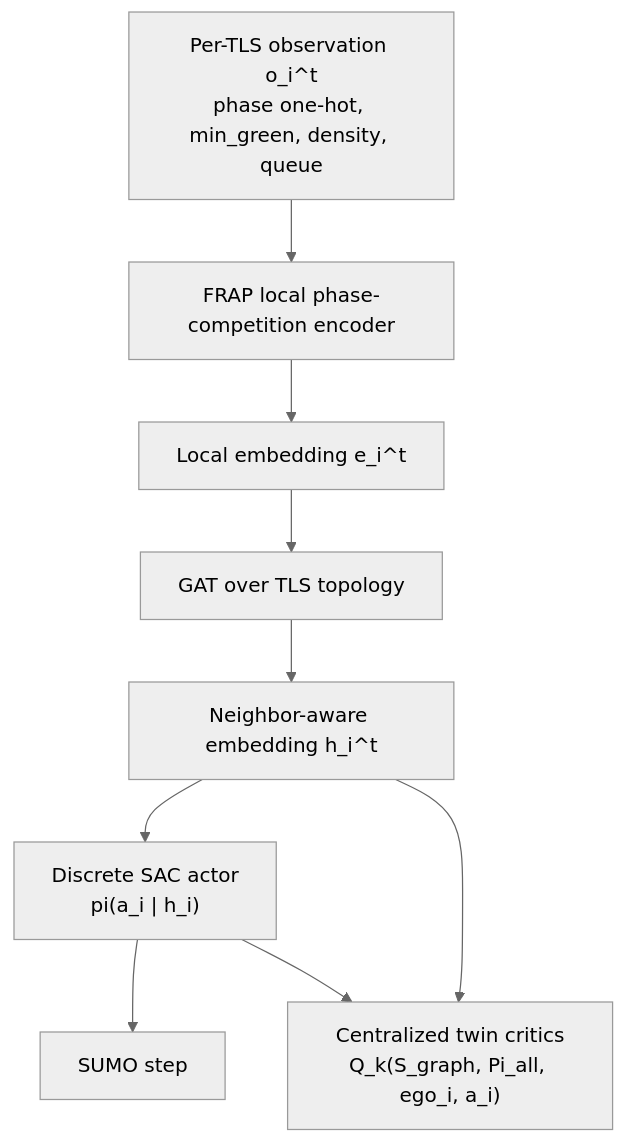
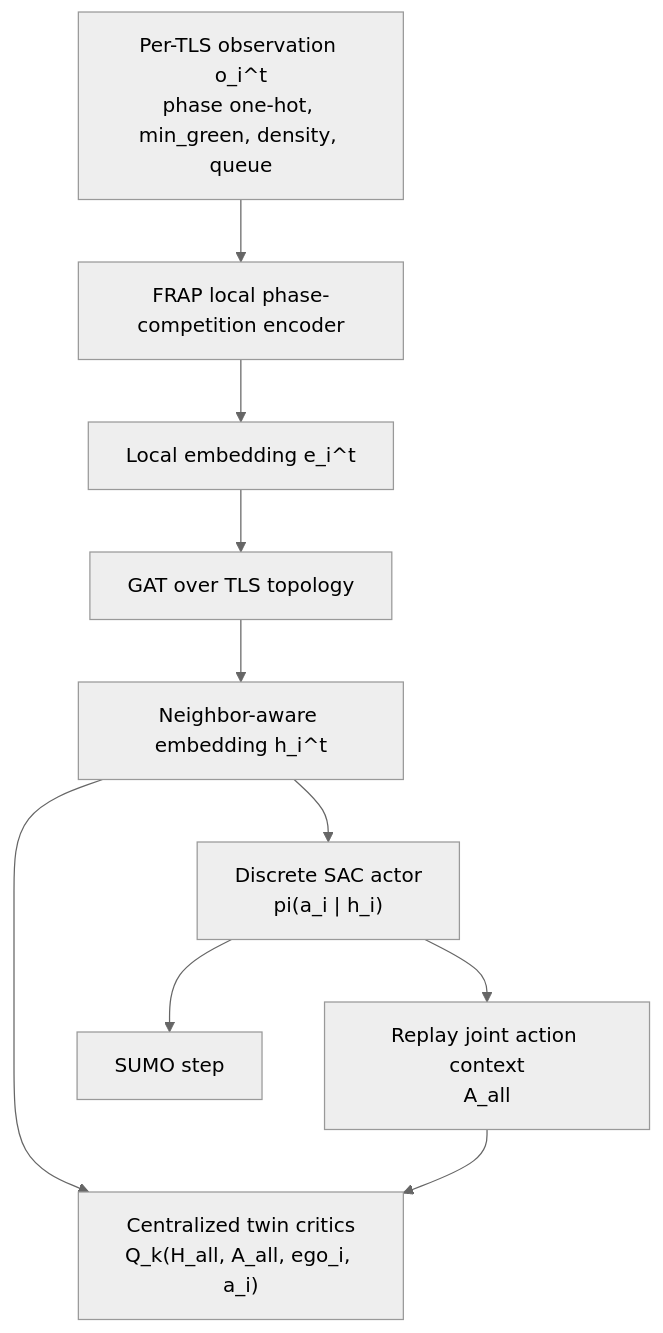
One commit to fuisl/sumo-rl changed the first of 2 diagrams in docs/thesis/experiments.md. Above: the diagram before and after it, drawn with Mermaid (neutral theme). The commit also changed other lines of this file and 14 other files, not shown here.

````diff
--- a/docs/thesis/experiments.md
+++ b/docs/thesis/experiments.md
@@ -124,15 +125,16 @@
 ```mermaid
 flowchart TD
     O["Per-TLS observation o_i^t<br/>phase one-hot, min_green, density, queue"]
     F["FRAP local phase-competition encoder"]
     E["Local embedding e_i^t"]
     G["GAT over TLS topology"]
     H["Neighbor-aware embedding h_i^t"]
     A["Discrete SAC actor<br/>pi(a_i | h_i)"]
-    C["Centralized twin critics<br/>Q_k(S_graph, Pi_all, ego_i, a_i)"]
+    J["Replay joint action context<br/>A_all"]
+    C["Centralized twin critics<br/>Q_k(H_all, A_all, ego_i, a_i)"]
     SUMO["SUMO step"]
 
     O --> F --> E --> G --> H --> A --> SUMO
     H --> C
-    A --> C
+    A --> J --> C
 ```
````
